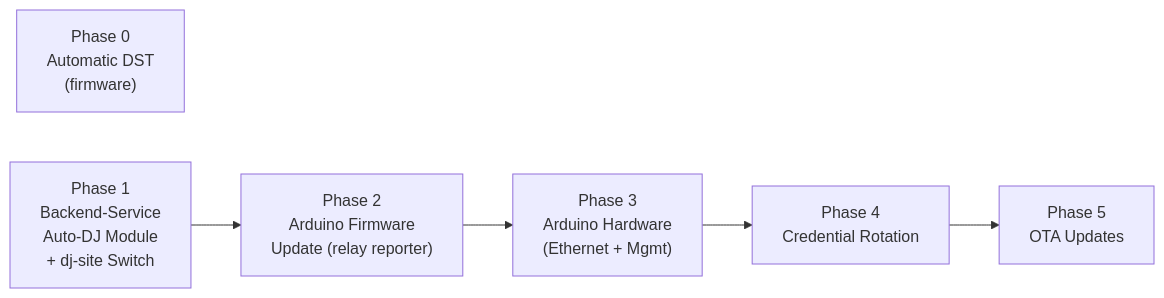
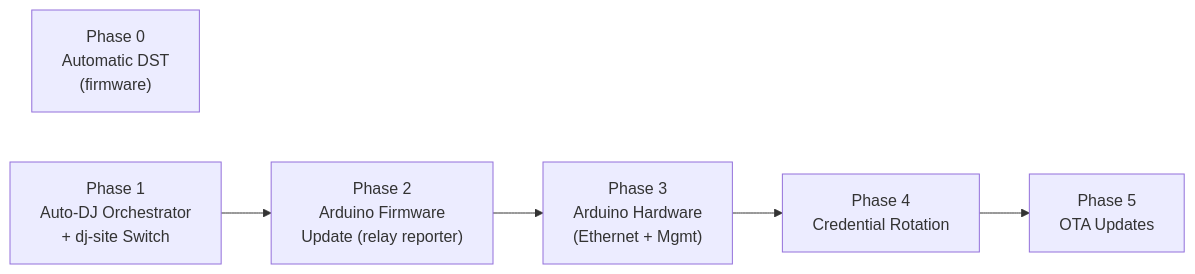
Before and after one commit to WXYC/auto-dj-arduino-switch: diagram 15 of 15 in docs/networking-spec.md, drawn with Mermaid. The commit also changed other lines of this file, not shown here.

First line of the commit message:
Replace Backend-Service with orchestrator where duties apply

````diff
--- a/docs/networking-spec.md
+++ b/docs/networking-spec.md
@@ -2119,19 +2120,19 @@
 ```mermaid
 flowchart LR
     P0["Phase 0<br>Automatic DST<br>(firmware)"]
 
-    P1["Phase 1<br>Backend-Service<br>Auto-DJ Module<br>+ dj-site Switch"]
+    P1["Phase 1<br>Auto-DJ Orchestrator<br>+ dj-site Switch"]
 
     P2["Phase 2<br>Arduino Firmware<br>Update (relay reporter)"]
 
     P3["Phase 3<br>Arduino Hardware<br>(Ethernet + Mgmt)"]
 
     P4["Phase 4<br>Credential Rotation"]
 
     P5["Phase 5<br>OTA Updates"]
 
     P1 --> P2
     P2 --> P3
     P3 --> P4
     P4 --> P5
 ```
````
